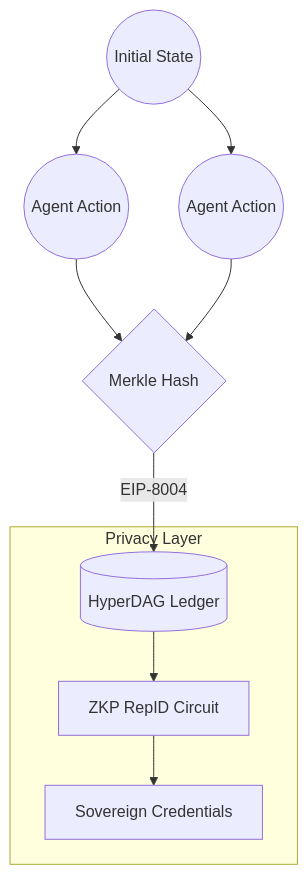
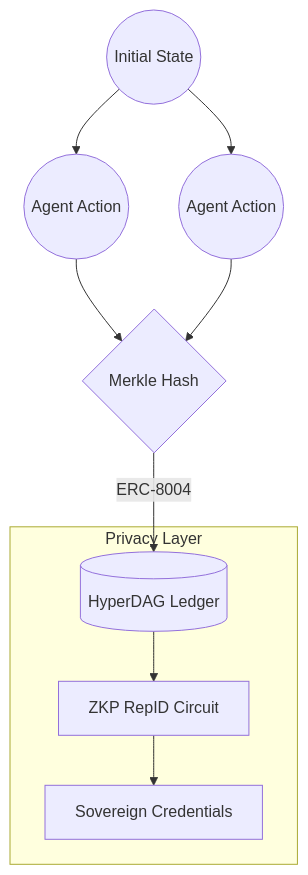
Before and after one commit to DealAppSeo/hyperdag-protocol: the diagram in README.md, drawn with Mermaid. The commit also changed other lines of this file, not shown here.

First line of the commit message:
docs(readme): remove commercial vibe; fix EIP-8004 -> ERC-8004 in mermaid

````diff
--- a/README.md
+++ b/README.md
@@ -19,12 +21,12 @@
 ```mermaid
 graph TD
     Node1((Initial State)) --> Node2((Agent Action))
     Node1 --> Node3((Agent Action))
     Node2 & Node3 --> Node4{Merkle Hash}
-    Node4 -->|EIP-8004| Chain[(HyperDAG Ledger)]
+    Node4 -->|ERC-8004| Chain[(HyperDAG Ledger)]
     
     subgraph "Privacy Layer"
     Chain --> ZKP[ZKP RepID Circuit]
     ZKP --> Creds[Sovereign Credentials]
     end
 ```
````
